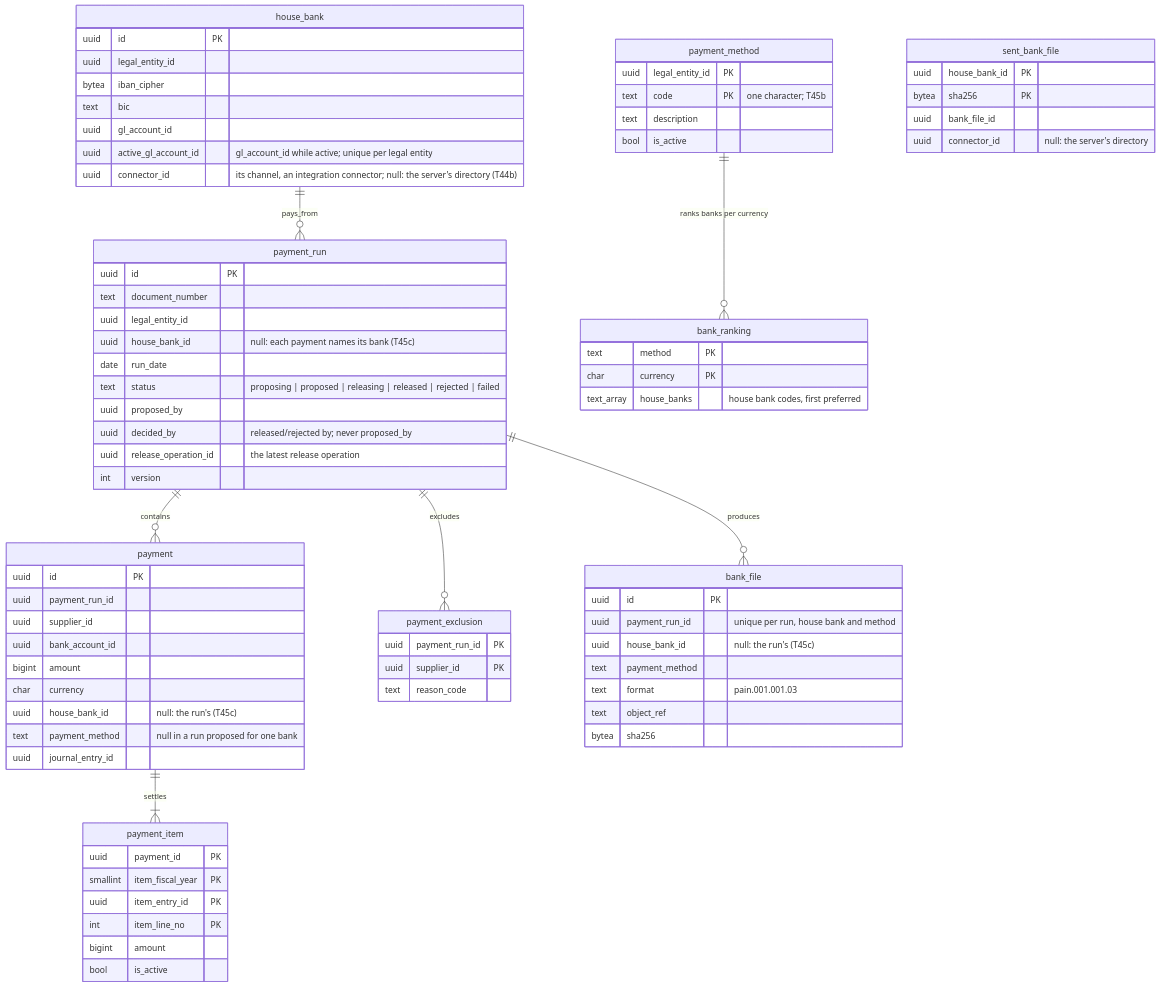
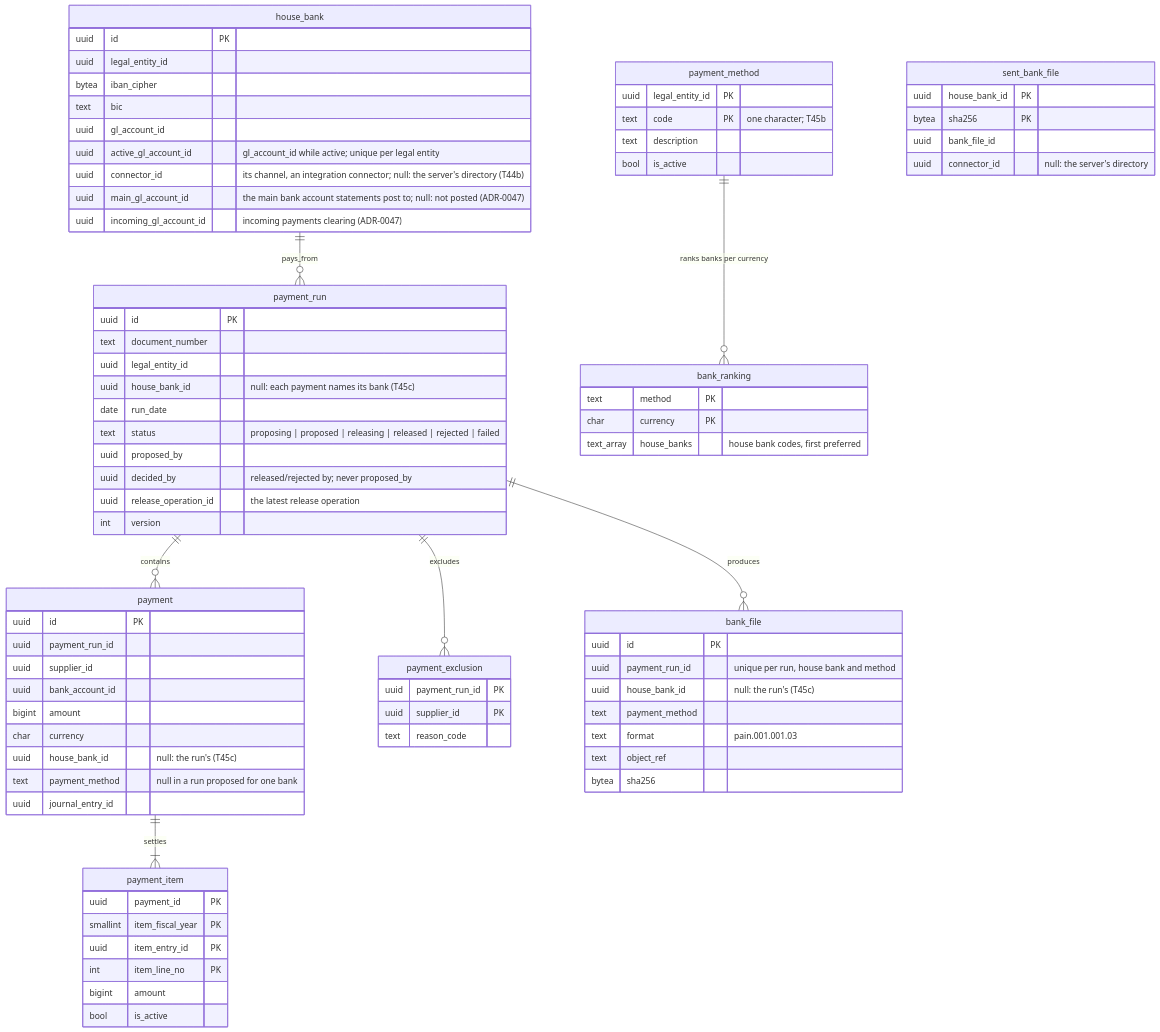
The eighth of 9 diagrams in docs/design/03-data-model.md (mustie7iy/agentic-erp), drawn with Mermaid before and after one commit. The commit also changed 14 other files, not shown here.

Commit message:
Bank statements decided (ADR-0047): house banks' main bank and incoming payments accounts (000105), open-item managed clearing accounts refused for an account with postings, posting rules by transaction code, matching rules and approval tiers with no default (T49a)

````diff
--- a/docs/design/03-data-model.md
+++ b/docs/design/03-data-model.md
@@ -1226,62 +1226,64 @@
 ```mermaid
 erDiagram
   house_bank ||--o{ payment_run : pays_from
   payment_run ||--o{ payment : contains
   payment ||--|{ payment_item : settles
   payment_run ||--o{ payment_exclusion : excludes
   payment_run ||--o{ bank_file : produces
   payment_method ||--o{ bank_ranking : "ranks banks per currency"
   payment_method { uuid legal_entity_id PK
     text code PK "one character; T45b"
     text description
     bool is_active }
   bank_ranking { text method PK
     char currency PK
     text_array house_banks "house bank codes, first preferred" }
   payment_run { uuid id PK
     text document_number
     uuid legal_entity_id
     uuid house_bank_id "null: each payment names its bank (T45c)"
     date run_date
     text status "proposing | proposed | releasing | released | rejected | failed"
     uuid proposed_by
     uuid decided_by "released/rejected by; never proposed_by"
     uuid release_operation_id "the latest release operation"
     int version }
   payment { uuid id PK
     uuid payment_run_id
     uuid supplier_id
     uuid bank_account_id
     bigint amount
     char currency
     uuid house_bank_id "null: the run's (T45c)"
     text payment_method "null in a run proposed for one bank"
     uuid journal_entry_id }
   payment_item { uuid payment_id PK
     smallint item_fiscal_year PK
     uuid item_entry_id PK
     int item_line_no PK
     bigint amount
     bool is_active }
   payment_exclusion { uuid payment_run_id PK
     uuid supplier_id PK
     text reason_code }
   house_bank { uuid id PK
     uuid legal_entity_id
     bytea iban_cipher
     text bic
     uuid gl_account_id
     uuid active_gl_account_id "gl_account_id while active; unique per legal entity"
-    uuid connector_id "its channel, an integration connector; null: the server's directory (T44b)" }
+    uuid connector_id "its channel, an integration connector; null: the server's directory (T44b)"
+    uuid main_gl_account_id "the main bank account statements post to; null: not posted (ADR-0047)"
+    uuid incoming_gl_account_id "incoming payments clearing (ADR-0047)" }
   sent_bank_file { uuid house_bank_id PK
     bytea sha256 PK
     uuid bank_file_id
     uuid connector_id "null: the server's directory" }
   bank_file { uuid id PK
     uuid payment_run_id "unique per run, house bank and method"
     uuid house_bank_id "null: the run's (T45c)"
     text payment_method
     text format "pain.001.001.03"
     text object_ref
     bytea sha256 }
 ```
````
